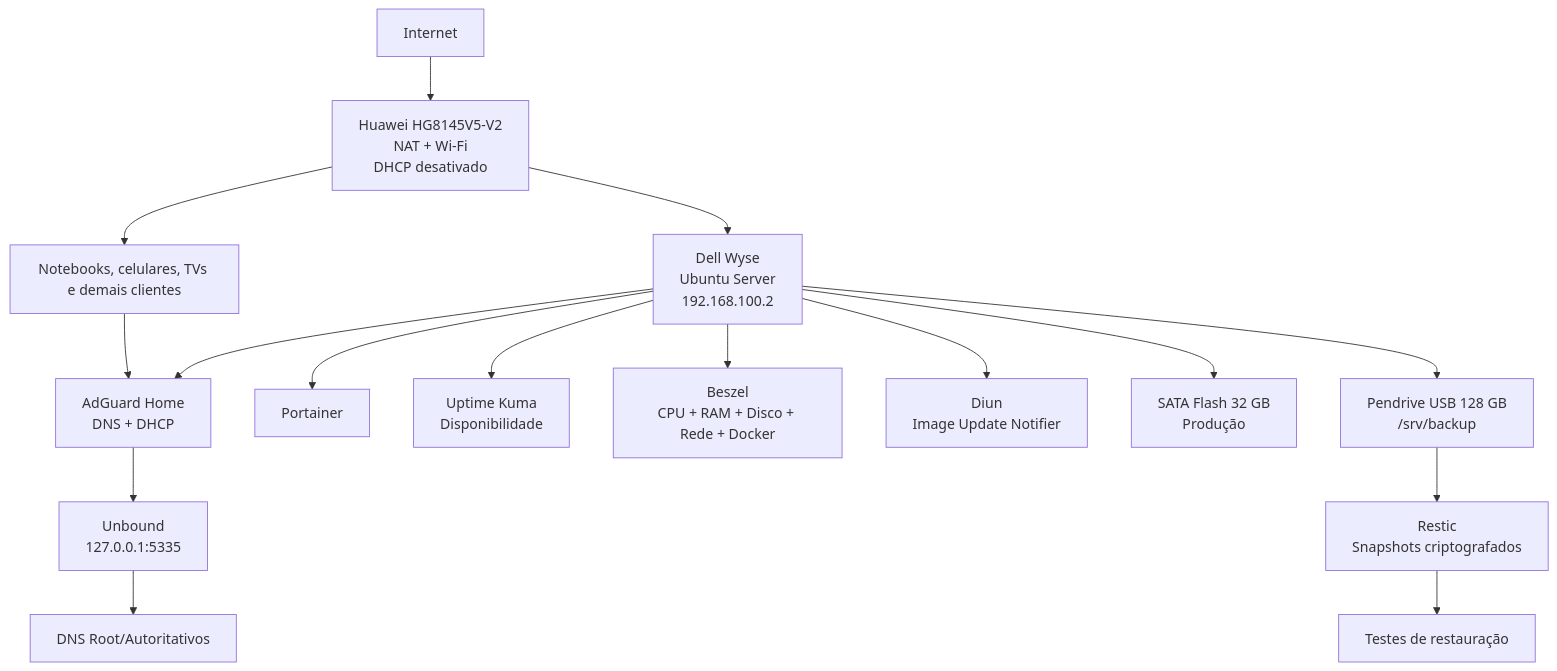
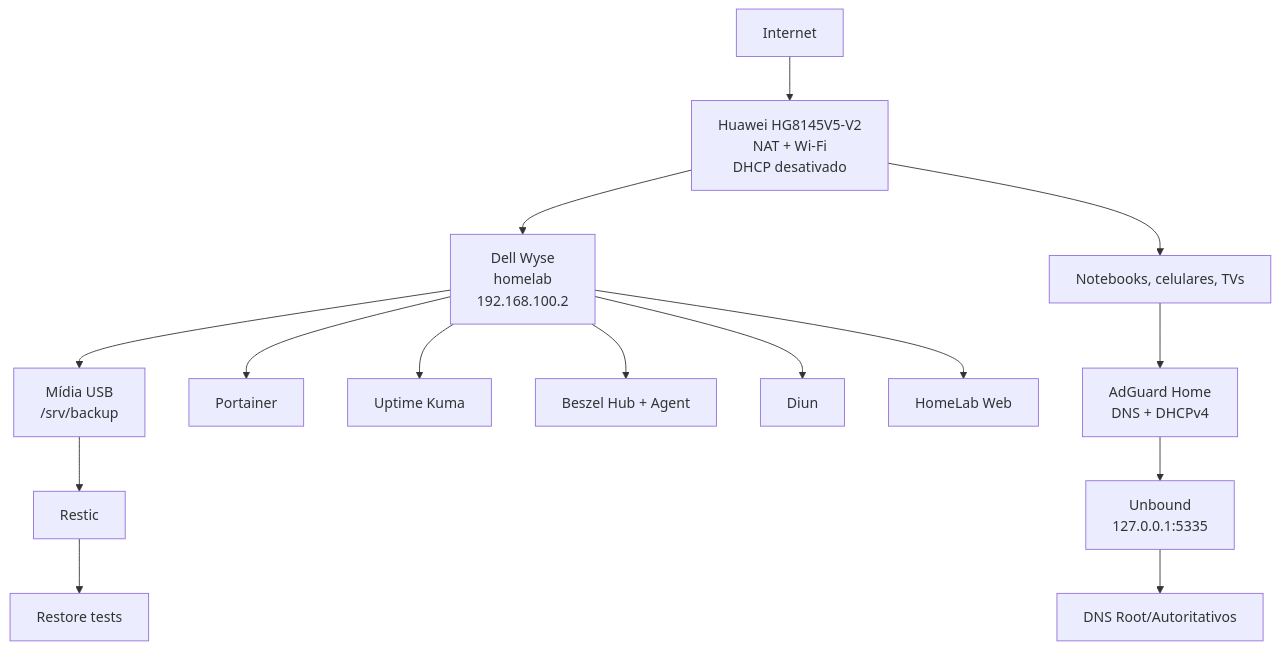
Before and after one commit to leonardodebs/homelab-infrastructure-server: the diagram in README.md, drawn with Mermaid. The commit also changed other lines of this file, not shown here.

````diff
--- a/README.md
+++ b/README.md
@@ -46,18 +64,17 @@
 ```mermaid
 flowchart TD
     Internet --> Modem[Huawei HG8145V5-V2\nNAT + Wi-Fi\nDHCP desativado]
-    Modem --> Wyse[Dell Wyse\nUbuntu Server\n192.168.100.2]
-    Wyse --> AGH[AdGuard Home\nDNS + DHCP]
+    Modem --> Wyse[Dell Wyse\nhomelab\n192.168.100.2]
+    Modem --> Clientes[Notebooks, celulares, TVs]
+    Clientes --> AGH[AdGuard Home\nDNS + DHCPv4]
     AGH --> Unbound[Unbound\n127.0.0.1:5335]
     Unbound --> RootDNS[DNS Root/Autoritativos]
-    Wyse --> Portainer
-    Wyse --> Kuma[Uptime Kuma\nDisponibilidade]
-    Wyse --> Beszel[Beszel\nCPU + RAM + Disco + Rede + Docker]
-    Wyse --> Diun[Diun\nImage Update Notifier]
-    Wyse --> SSD[SATA Flash 32 GB\nProdução]
-    Wyse --> USB[Pendrive USB 128 GB\n/srv/backup]
-    USB --> Restic[Restic\nSnapshots criptografados]
-    Restic --> Restore[Testes de restauração]
-    Modem --> Clientes[Notebooks, celulares, TVs e demais clientes]
-    Clientes --> AGH
+    Wyse --> Portainer[Portainer]
+    Wyse --> Kuma[Uptime Kuma]
+    Wyse --> Beszel[Beszel Hub + Agent]
+    Wyse --> Diun[Diun]
+    Wyse --> Portal[HomeLab Web]
+    Wyse --> USB[Mídia USB\n/srv/backup]
+    USB --> Restic[Restic]
+    Restic --> Restore[Restore tests]
 ```
````
